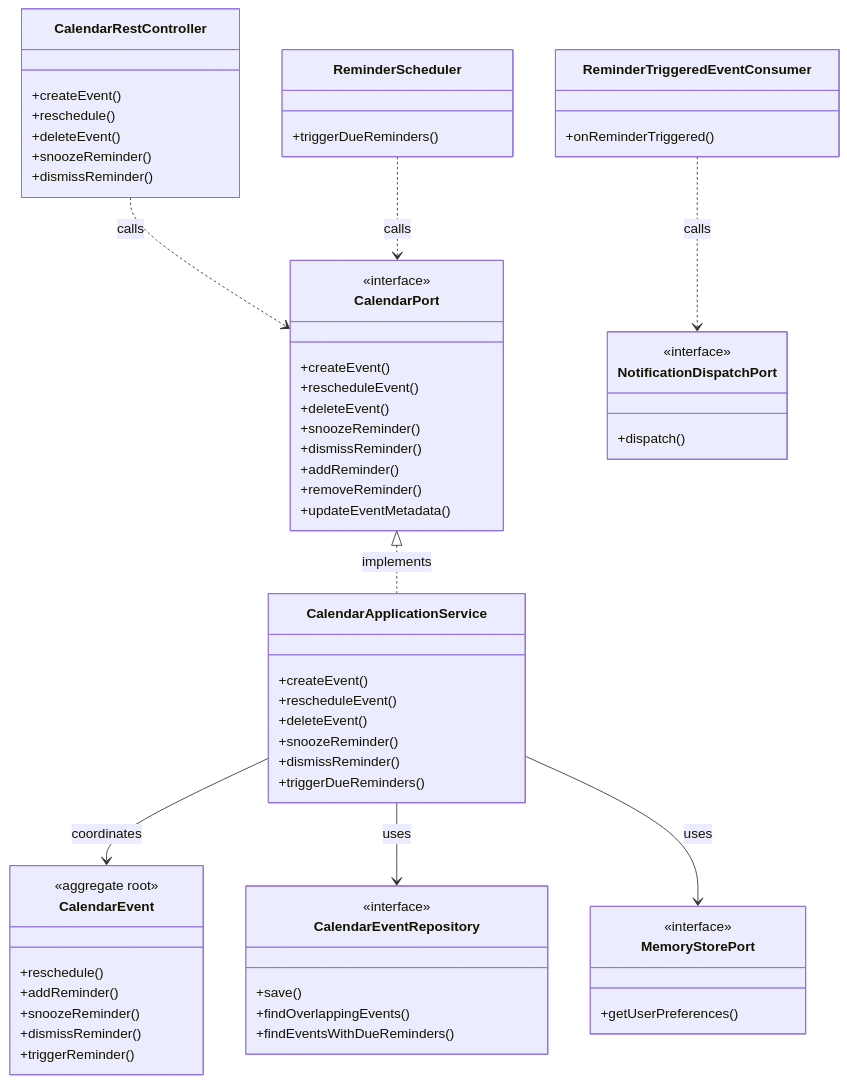
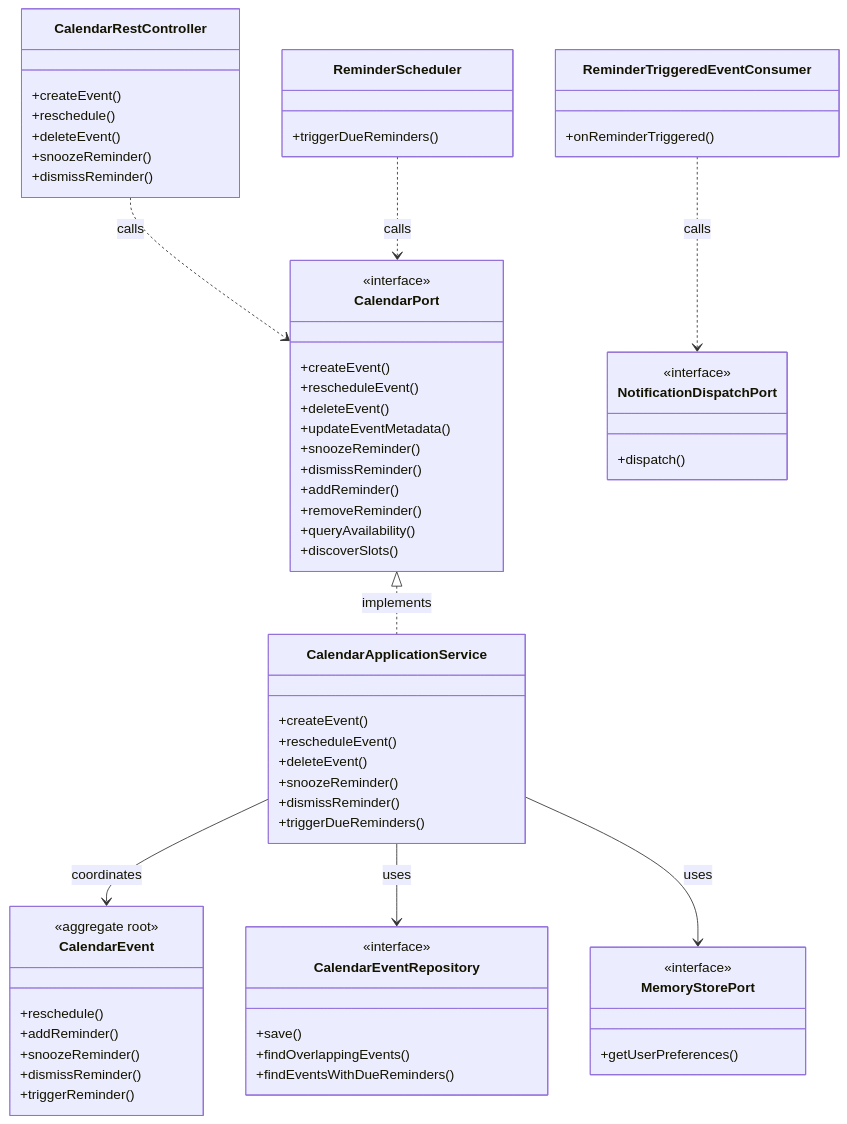
One commit to LeVanHuy84/Kyros changed the diagram in docs/application-model/calendar/application-model.md. Above: the diagram before and after it, drawn with Mermaid. The commit also changed other lines of this file and 20 other files, not shown here.

````diff
--- a/docs/application-model/calendar/application-model.md
+++ b/docs/application-model/calendar/application-model.md
@@ -334,67 +427,69 @@
 ```mermaid
 classDiagram
     direction TB
     
     class CalendarRestController {
         +createEvent()
         +reschedule()
         +deleteEvent()
         +snoozeReminder()
         +dismissReminder()
     }
     class ReminderScheduler {
         +triggerDueReminders()
     }
     class ReminderTriggeredEventConsumer {
         +onReminderTriggered()
     }
     class CalendarPort {
         <<interface>>
         +createEvent()
         +rescheduleEvent()
         +deleteEvent()
+        +updateEventMetadata()
         +snoozeReminder()
         +dismissReminder()
         +addReminder()
         +removeReminder()
-        +updateEventMetadata()
+        +queryAvailability()
+        +discoverSlots()
     }
     class CalendarApplicationService {
         +createEvent()
         +rescheduleEvent()
         +deleteEvent()
         +snoozeReminder()
         +dismissReminder()
         +triggerDueReminders()
     }
     class CalendarEvent {
         <<aggregate root>>
         +reschedule()
         +addReminder()
         +snoozeReminder()
         +dismissReminder()
         +triggerReminder()
     }
     class CalendarEventRepository {
         <<interface>>
         +save()
         +findOverlappingEvents()
         +findEventsWithDueReminders()
     }
     class MemoryStorePort {
         <<interface>>
         +getUserPreferences()
     }
     class NotificationDispatchPort {
         <<interface>>
         +dispatch()
     }
     
     CalendarRestController ..> CalendarPort : calls
     ReminderScheduler ..> CalendarPort : calls
     ReminderTriggeredEventConsumer ..> NotificationDispatchPort : calls
     CalendarPort <|.. CalendarApplicationService : implements
     CalendarApplicationService --> CalendarEvent : coordinates
     CalendarApplicationService --> CalendarEventRepository : uses
     CalendarApplicationService --> MemoryStorePort : uses
 ```
````
